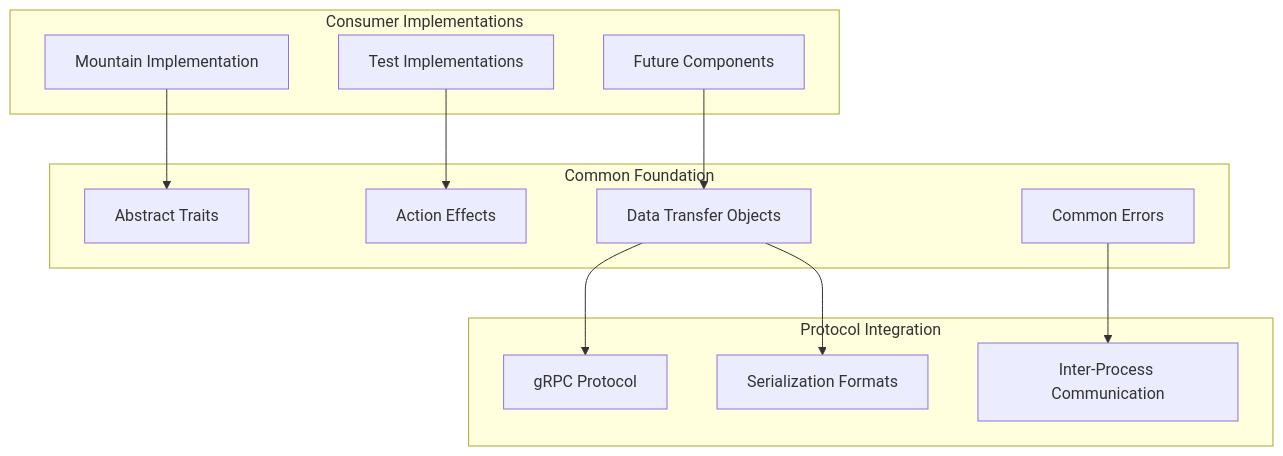
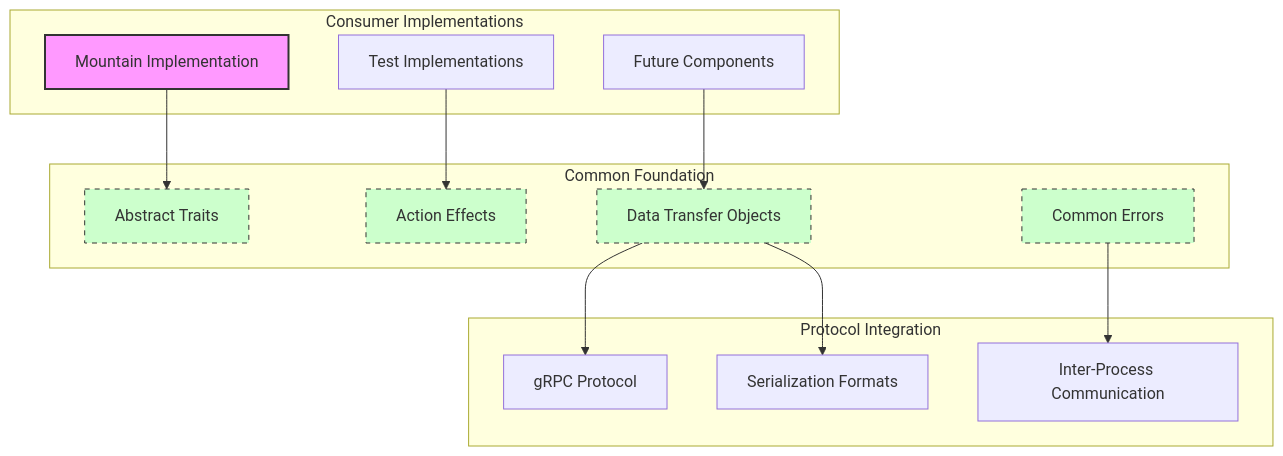
One commit to CodeEditorLand/Common changed the fifth of 9 diagrams in Documentation/GitHub/DeepDive.md. Above: the diagram before and after it, drawn with Mermaid. The commit also changed other lines of this file, not shown here.

````diff
--- a/Documentation/GitHub/DeepDive.md
+++ b/Documentation/GitHub/DeepDive.md
@@ -249,29 +249,34 @@
 ```mermaid
 graph TD
     subgraph "Common Foundation"
         Traits["Abstract Traits"]
         Effects["Action Effects"]
         DTOs["Data Transfer Objects"]
         Errors["Common Errors"]
     end
 
     subgraph "Consumer Implementations"
         Mountain["Mountain Implementation"]
         Tests["Test Implementations"]
         Future["Future Components"]
 
         Mountain --> Traits
         Tests --> Effects
         Future --> DTOs
     end
 
     subgraph "Protocol Integration"
         gRPC["gRPC Protocol"]
         Serialization["Serialization Formats"]
         IPC["Inter-Process Communication"]
 
         DTOs --> gRPC
         DTOs --> Serialization
         Errors --> IPC
     end
+
+    classDef mountain fill:#f9f,stroke:#333,stroke-width:2px;
+    classDef common fill:#cfc,stroke:#333,stroke-width:1px,stroke-dasharray: 5 5;
+    class Mountain mountain;
+    class Traits,Effects,DTOs,Errors common;
 ```
````
